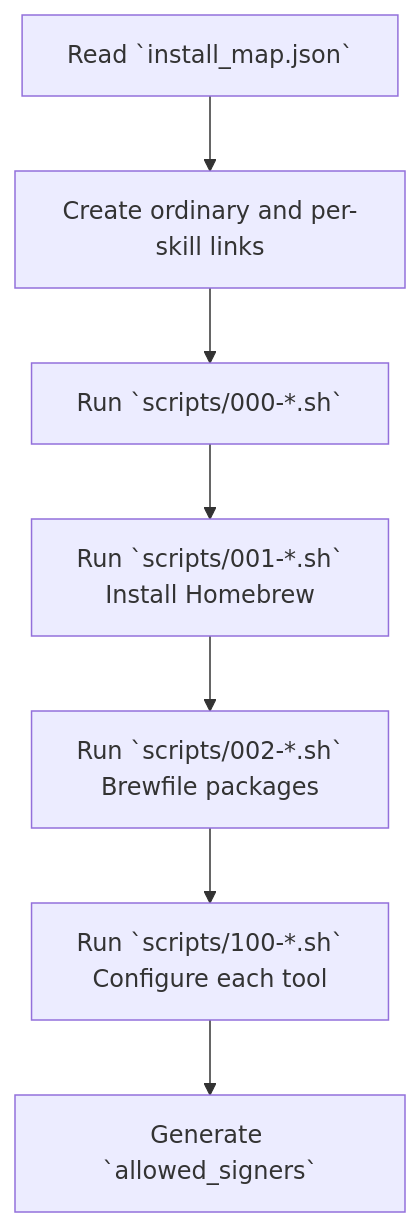
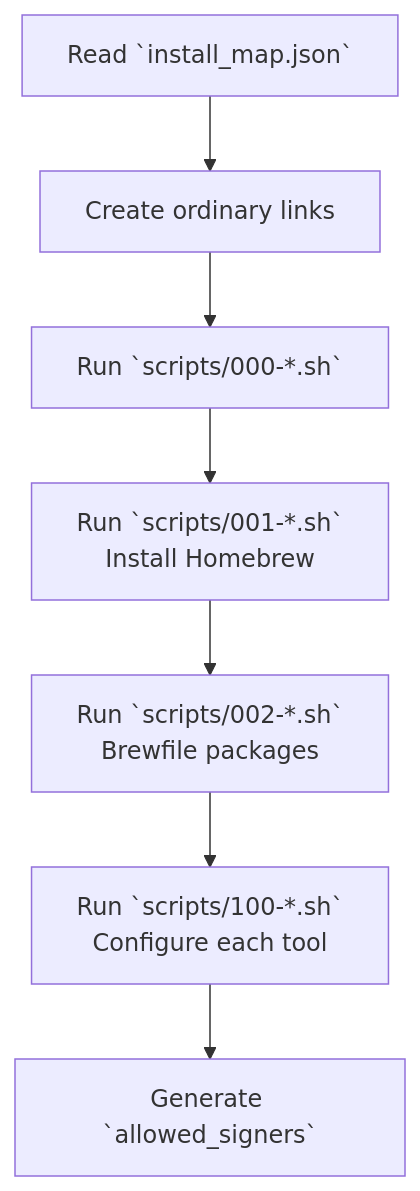
Before and after one commit to daiksud/dotfiles: the diagram in docs/guides/02-installation.md, drawn with Mermaid. The commit also changed other lines of this file and 67 other files, not shown here.

````diff
--- a/docs/guides/02-installation.md
+++ b/docs/guides/02-installation.md
@@ -23,9 +23,9 @@
 ```mermaid
 graph TD
-    A[Read `install_map.json`] --> B[Create ordinary and per-skill links]
+    A[Read `install_map.json`] --> B[Create ordinary links]
     B --> C[Run `scripts/000-*.sh`]
     C --> D[Run `scripts/001-*.sh`<br/>Install Homebrew]
     D --> E[Run `scripts/002-*.sh`<br/>Brewfile packages]
     E --> F[Run `scripts/100-*.sh`<br/>Configure each tool]
     F --> G[Generate `allowed_signers`]
 ```
````
